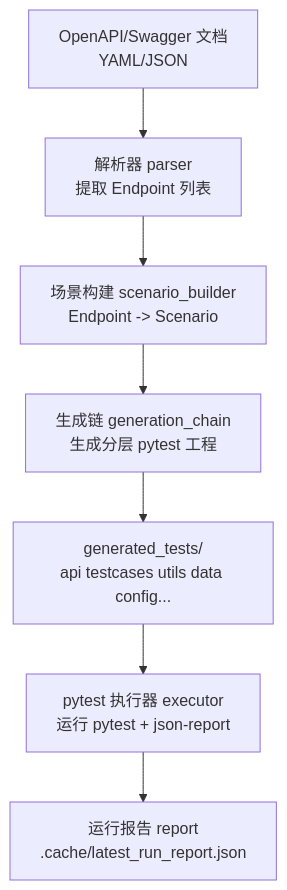
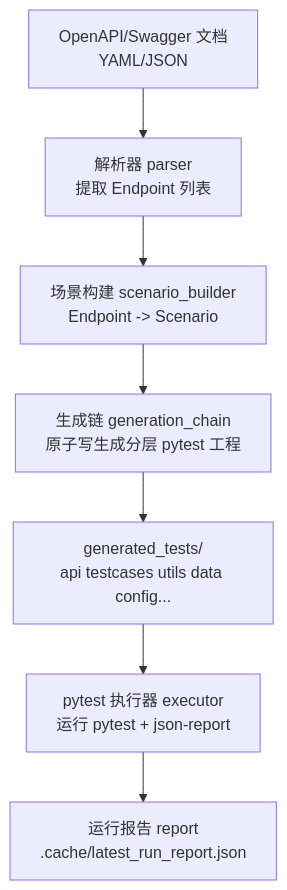
The first of 2 diagrams in README.md (hanxiwei/api_test_agent_pro), drawn with Mermaid before and after one commit. The commit also changed other lines of this file, not shown here.

Commit message:
docs: restructure README (badges, background, features, arch, roadmap)

````diff
--- a/README.md
+++ b/README.md
@@ -36,9 +120,9 @@
 ```mermaid
 flowchart TD
   A[OpenAPI/Swagger 文档<br/>YAML/JSON] --> B[解析器 parser<br/>提取 Endpoint 列表]
   B --> C[场景构建 scenario_builder<br/>Endpoint -> Scenario]
-  C --> D[生成链 generation_chain<br/>生成分层 pytest 工程]
+  C --> D[生成链 generation_chain<br/>原子写生成分层 pytest 工程]
   D --> E[generated_tests/<br/>api testcases utils data config...]
   E --> F[pytest 执行器 executor<br/>运行 pytest + json-report]
   F --> G[运行报告 report<br/>.cache/latest_run_report.json]
 ```
````
